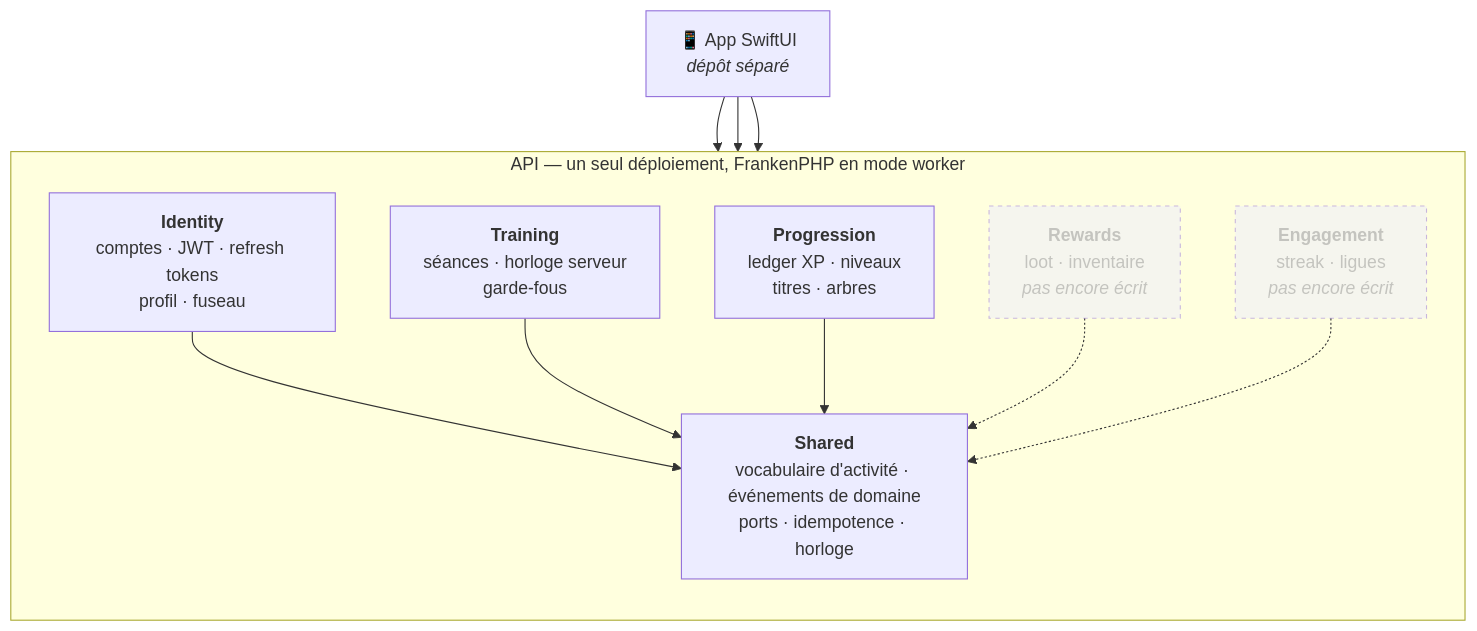
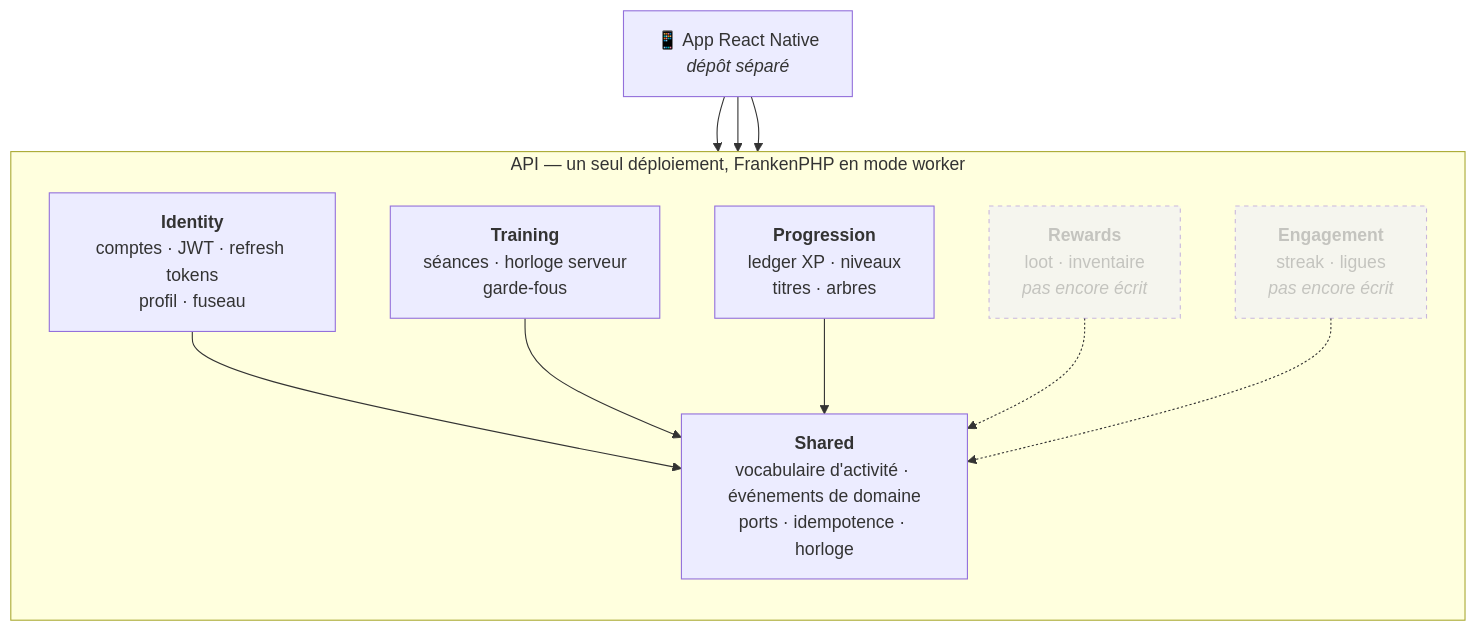
The first of 12 diagrams in ARCHITECTURE.md (younesdiouri/grrind-back), drawn with Mermaid before and after one commit. The commit also changed other lines of this file and 20 other files, not shown here.

````diff
--- a/ARCHITECTURE.md
+++ b/ARCHITECTURE.md
@@ -24,27 +24,27 @@
 ```mermaid
 flowchart TB
-    ios["📱 App SwiftUI<br/><i>dépôt séparé</i>"]
+    app["📱 App React Native<br/><i>dépôt séparé</i>"]
 
     subgraph api["API — un seul déploiement, FrankenPHP en mode worker"]
         direction TB
         identity["<b>Identity</b><br/>comptes · JWT · refresh tokens<br/>profil · fuseau"]
         training["<b>Training</b><br/>séances · horloge serveur<br/>garde-fous"]
         progression["<b>Progression</b><br/>ledger XP · niveaux<br/>titres · arbres"]
         rewards["<b>Rewards</b><br/>loot · inventaire<br/><i>pas encore écrit</i>"]
         engagement["<b>Engagement</b><br/>streak · ligues<br/><i>pas encore écrit</i>"]
         shared["<b>Shared</b><br/>vocabulaire d'activité · événements de domaine<br/>ports · idempotence · horloge"]
     end
 
-    ios --> identity
-    ios --> training
-    ios --> progression
+    app --> identity
+    app --> training
+    app --> progression
 
     identity --> shared
     training --> shared
     progression --> shared
     rewards -.-> shared
     engagement -.-> shared
 
     classDef todo stroke-dasharray:4 4,opacity:0.5
     class rewards,engagement todo
 ```
````
